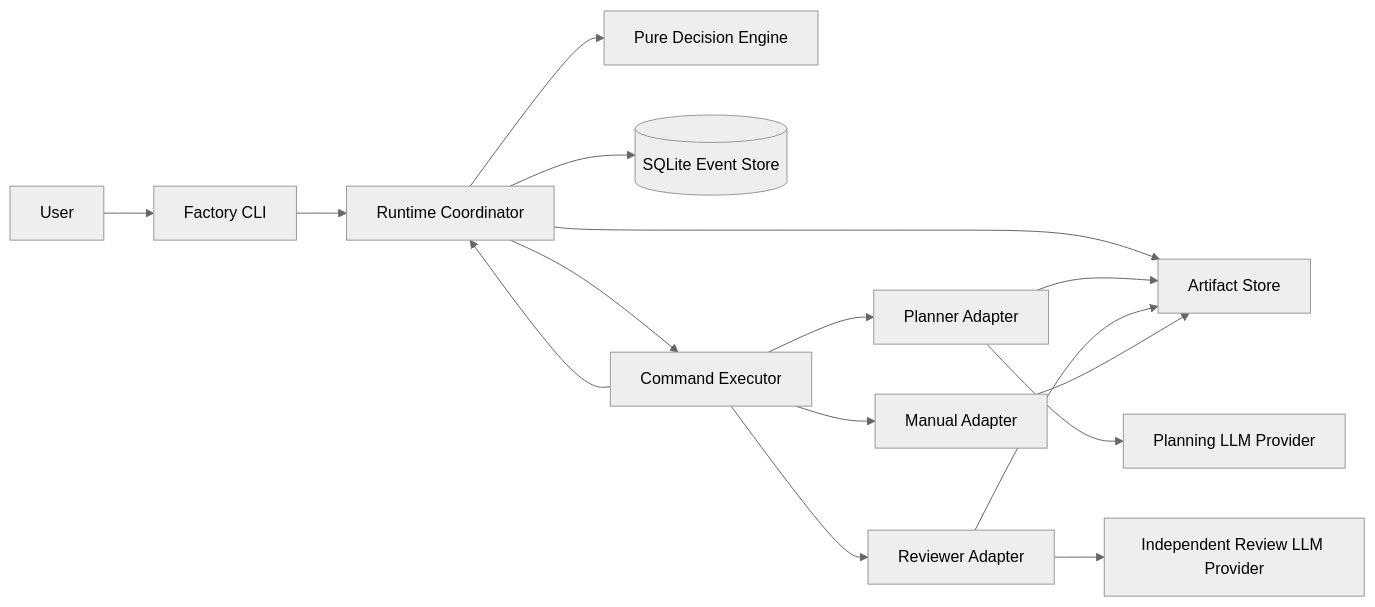
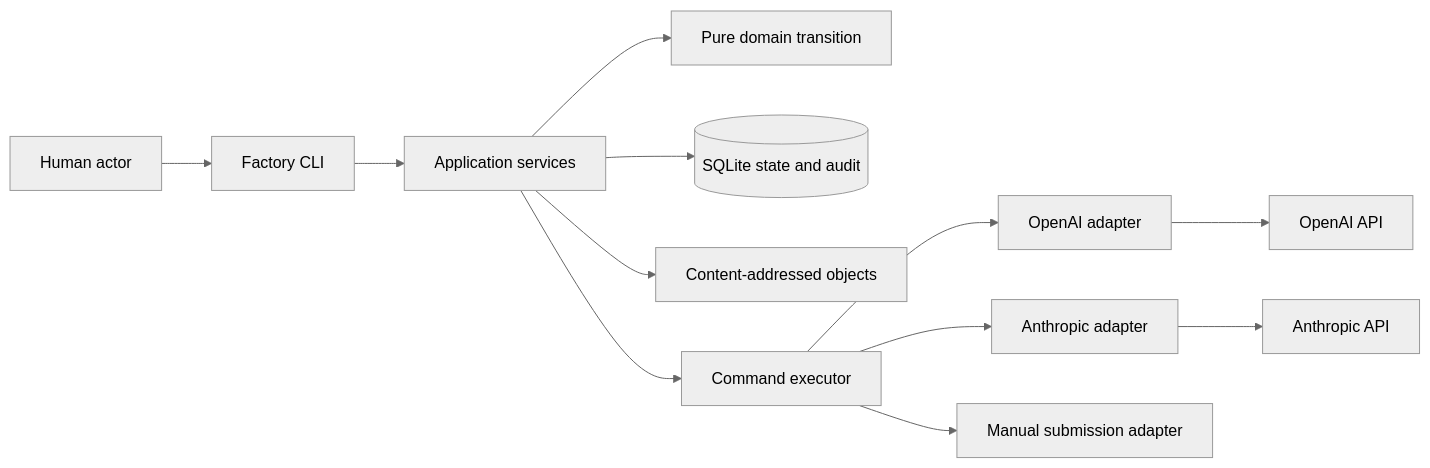
Before and after one commit to hyetigran/software-factory: the first of 2 diagrams in docs/ARCHITECTURE.md, drawn with Mermaid (neutral theme). The commit also changed other lines of this file and 2 other files, not shown here.

Commit message:
docs: align design with accepted architecture

````diff
--- a/docs/ARCHITECTURE.md
+++ b/docs/ARCHITECTURE.md
@@ -137,23 +35,14 @@
 ```mermaid
 flowchart LR
-    U[User] --> CLI[Factory CLI]
-
-    CLI --> RT[Runtime Coordinator]
-    RT --> CORE[Pure Decision Engine]
-    RT --> DB[(SQLite Event Store)]
-    RT --> AS[Artifact Store]
-
-    EX[Command Executor] --> PA[Planner Adapter]
-    EX --> RA[Reviewer Adapter]
-    EX --> MA[Manual Adapter]
-
-    PA --> P1[Planning LLM Provider]
-    RA --> P2[Independent Review LLM Provider]
-
-    PA --> AS
-    RA --> AS
-    MA --> AS
-
-    EX --> RT
-    RT --> EX
+    U[Human actor] --> CLI[Factory CLI]
+    CLI --> APP[Application services]
+    APP --> CORE[Pure domain transition]
+    APP --> DB[(SQLite state and audit)]
+    APP --> OBJ[Content-addressed objects]
+    APP --> EXEC[Command executor]
+    EXEC --> OA[OpenAI adapter]
+    EXEC --> AA[Anthropic adapter]
+    EXEC --> MAN[Manual submission adapter]
+    OA --> OPENAI[OpenAI API]
+    AA --> ANTH[Anthropic API]
 ```
````
